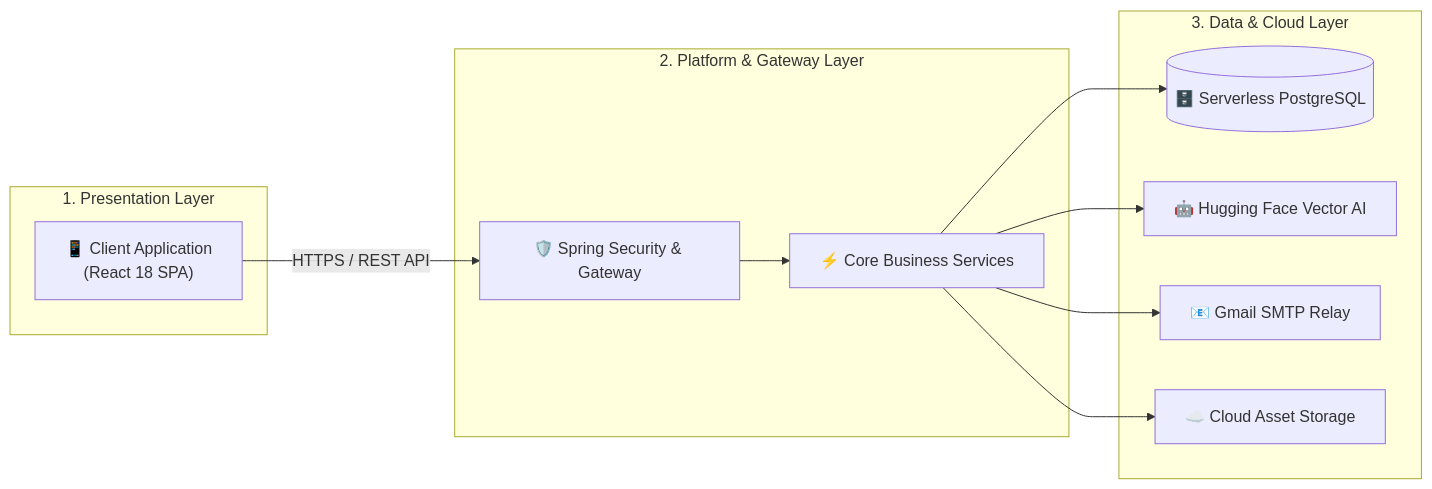
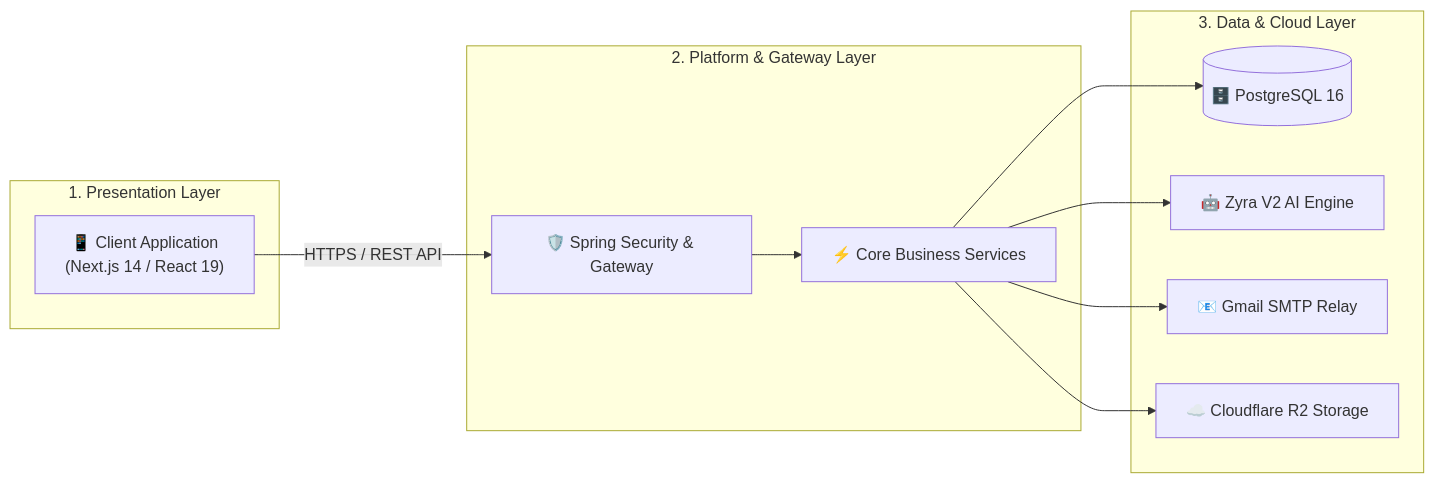
Before and after one commit to Ch-saketh/weavly: the first of 2 diagrams in weavly-client/LUXZERA/README.md, drawn with Mermaid. The commit also changed other lines of this file and 4 other files, not shown here.

````diff
--- a/weavly-client/LUXZERA/README.md
+++ b/weavly-client/LUXZERA/README.md
@@ -11,26 +11,26 @@
 ```mermaid
 flowchart LR
     subgraph Presentation ["1. Presentation Layer"]
-        UI["📱 Client Application<br/>(React 18 SPA)"]
+        UI["📱 Client Application<br/>(Next.js 14 / React 19)"]
     end
 
     subgraph CorePlatform ["2. Platform & Gateway Layer"]
         Gateway["🛡️ Spring Security & Gateway"]
         Services["⚡ Core Business Services"]
     end
 
     subgraph Infrastructure ["3. Data & Cloud Layer"]
-        Data[("🗄️ Serverless PostgreSQL")]
-        AI["🤖 Hugging Face Vector AI"]
+        Data[("🗄️ PostgreSQL 16")]
+        AI["🤖 Zyra V2 AI Engine"]
         Mail["📧 Gmail SMTP Relay"]
-        Cloud["☁️ Cloud Asset Storage"]
+        Cloud["☁️ Cloudflare R2 Storage"]
     end
 
     UI -->|HTTPS / REST API| Gateway
     Gateway --> Services
     
     Services --> Data
     Services --> AI
     Services --> Mail
     Services --> Cloud
 ```
````
